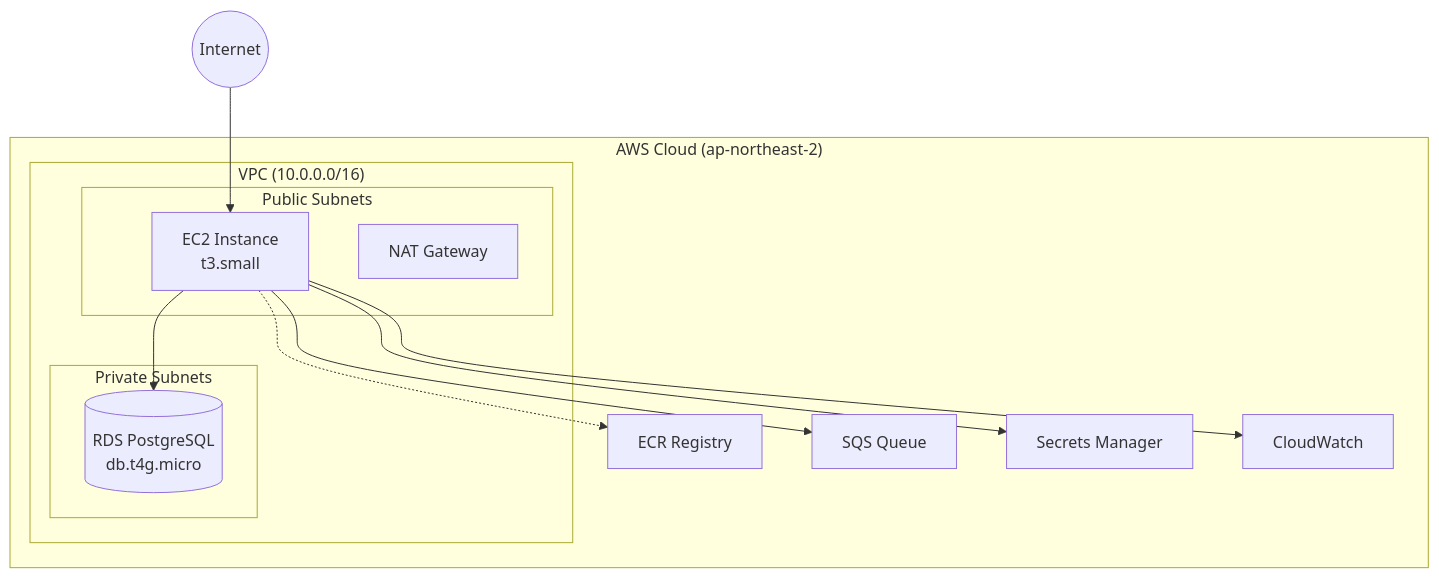
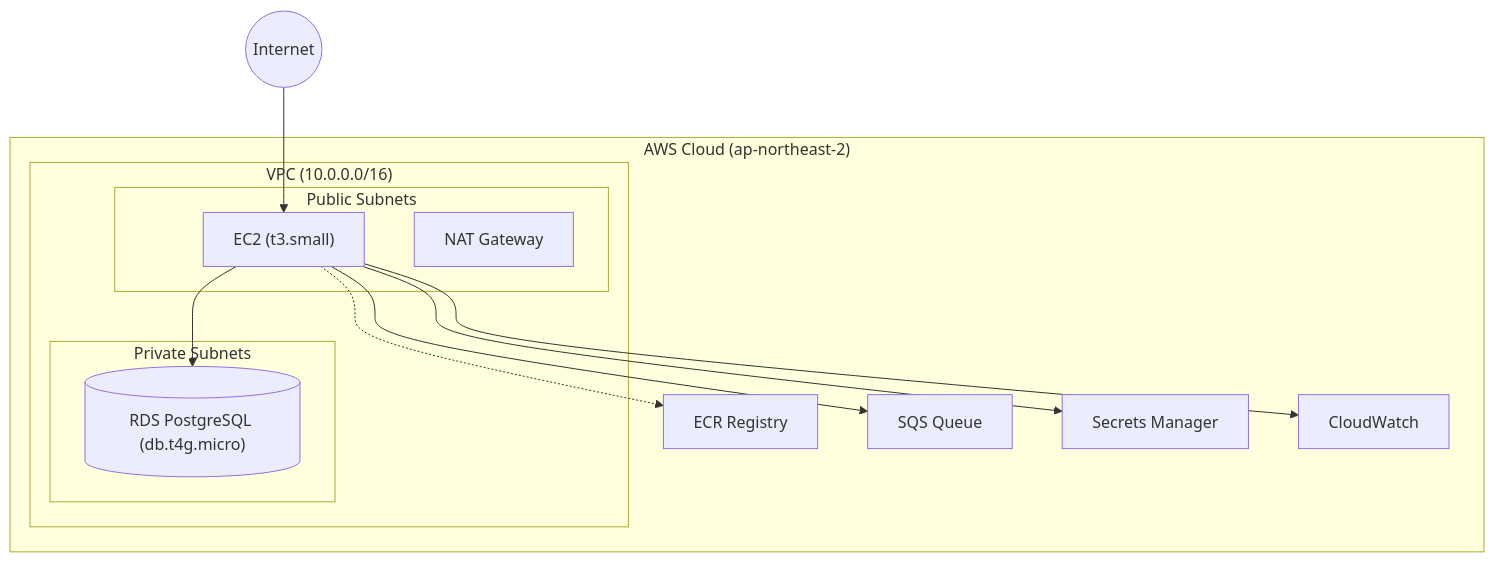
One commit to Sogang-Computer-Club/sogangcomputerclub.org changed the first of 2 diagrams in docs/infrastructure.md. Above: the diagram before and after it, drawn with Mermaid. The commit also changed 1 other file, not shown here.

Commit message:
fix: Mermaid 구문 수정

````diff
--- a/docs/infrastructure.md
+++ b/docs/infrastructure.md
@@ -7,27 +7,27 @@
 ```mermaid
 flowchart TB
     subgraph AWS["AWS Cloud (ap-northeast-2)"]
         subgraph VPC["VPC (10.0.0.0/16)"]
             subgraph Public["Public Subnets"]
-                EC2[EC2 Instance<br/>t3.small]
+                EC2["EC2 (t3.small)"]
                 NAT[NAT Gateway]
             end
 
             subgraph Private["Private Subnets"]
-                RDS[(RDS PostgreSQL<br/>db.t4g.micro)]
+                RDS[("RDS PostgreSQL (db.t4g.micro)")]
             end
         end
 
         ECR[ECR Registry]
         SQS[SQS Queue]
         SM[Secrets Manager]
         CW[CloudWatch]
     end
 
     Internet((Internet)) --> EC2
     EC2 --> RDS
     EC2 --> SQS
     EC2 --> SM
     EC2 --> CW
     EC2 -.-> ECR
 ```
````
